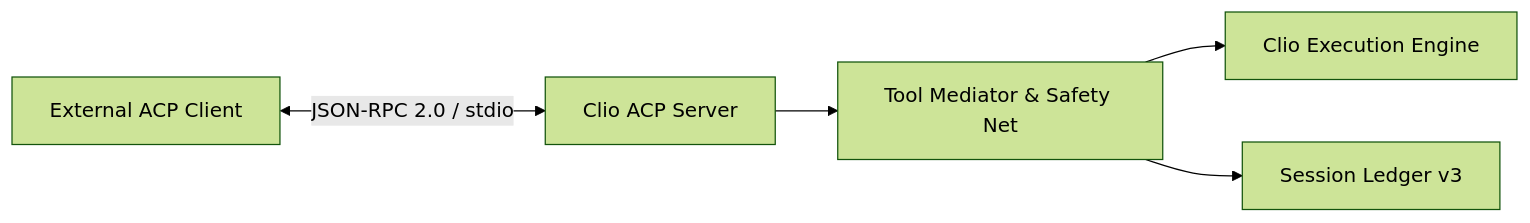
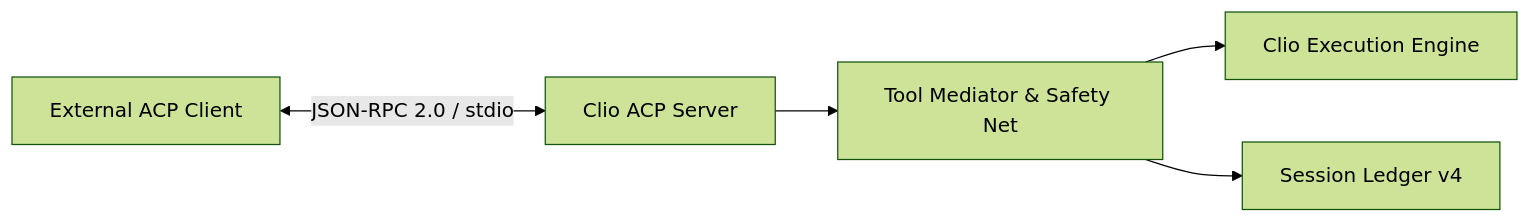
One commit to iowarp/clio-coder changed the diagram in docs/acp.md. Above: the diagram before and after it, drawn with Mermaid (forest theme). The commit also changed other lines of this file and 42 other files, not shown here.

````diff
--- a/docs/acp.md
+++ b/docs/acp.md
@@ -20,7 +20,7 @@
 ```mermaid
 graph LR
     client[External ACP Client] <-->|JSON-RPC 2.0 / stdio| server[Clio ACP Server]
     server --> mediator[Tool Mediator & Safety Net]
     mediator --> engine[Clio Execution Engine]
-    mediator --> session[Session Ledger v3]
+    mediator --> session[Session Ledger v4]
 ```
````
